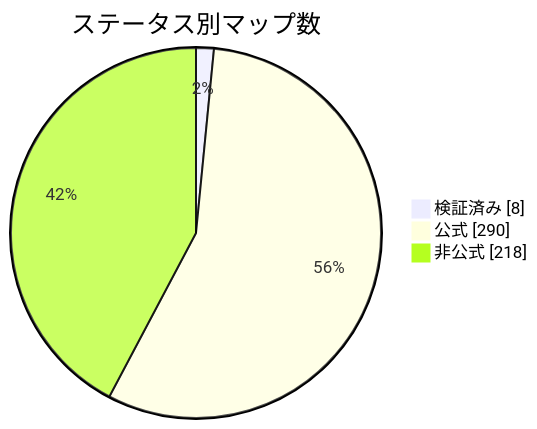
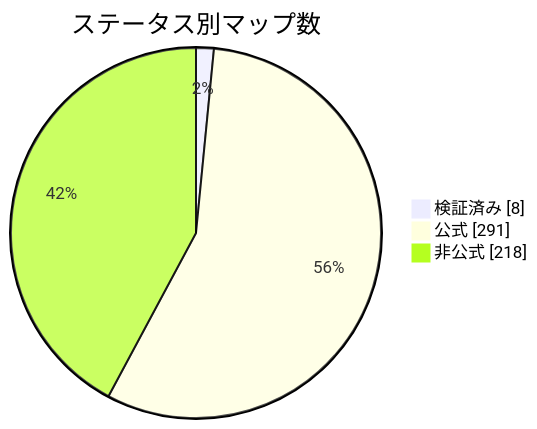
The diagram in docs/readme/README_JP.md (nobrega8/mbmap-library), drawn with Mermaid before and after one commit. The commit also changed 5 other files, not shown here.

````diff
--- a/docs/readme/README_JP.md
+++ b/docs/readme/README_JP.md
@@ -54,7 +54,7 @@
 ```mermaid
 pie showData
     title ステータス別マップ数
     "検証済み" : 8
-    "公式" : 290
+    "公式" : 291
     "非公式" : 218
 ```
````
